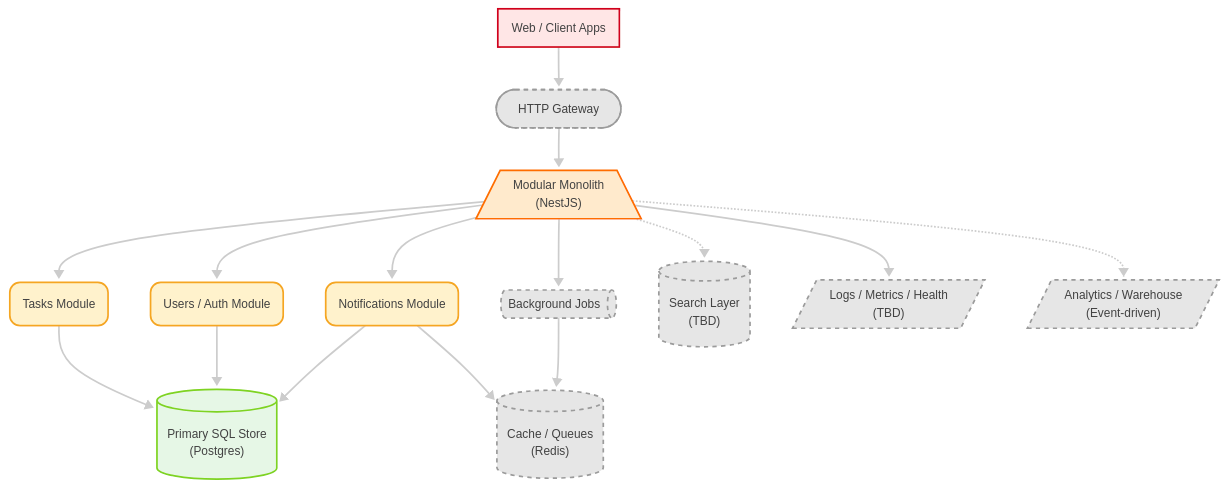
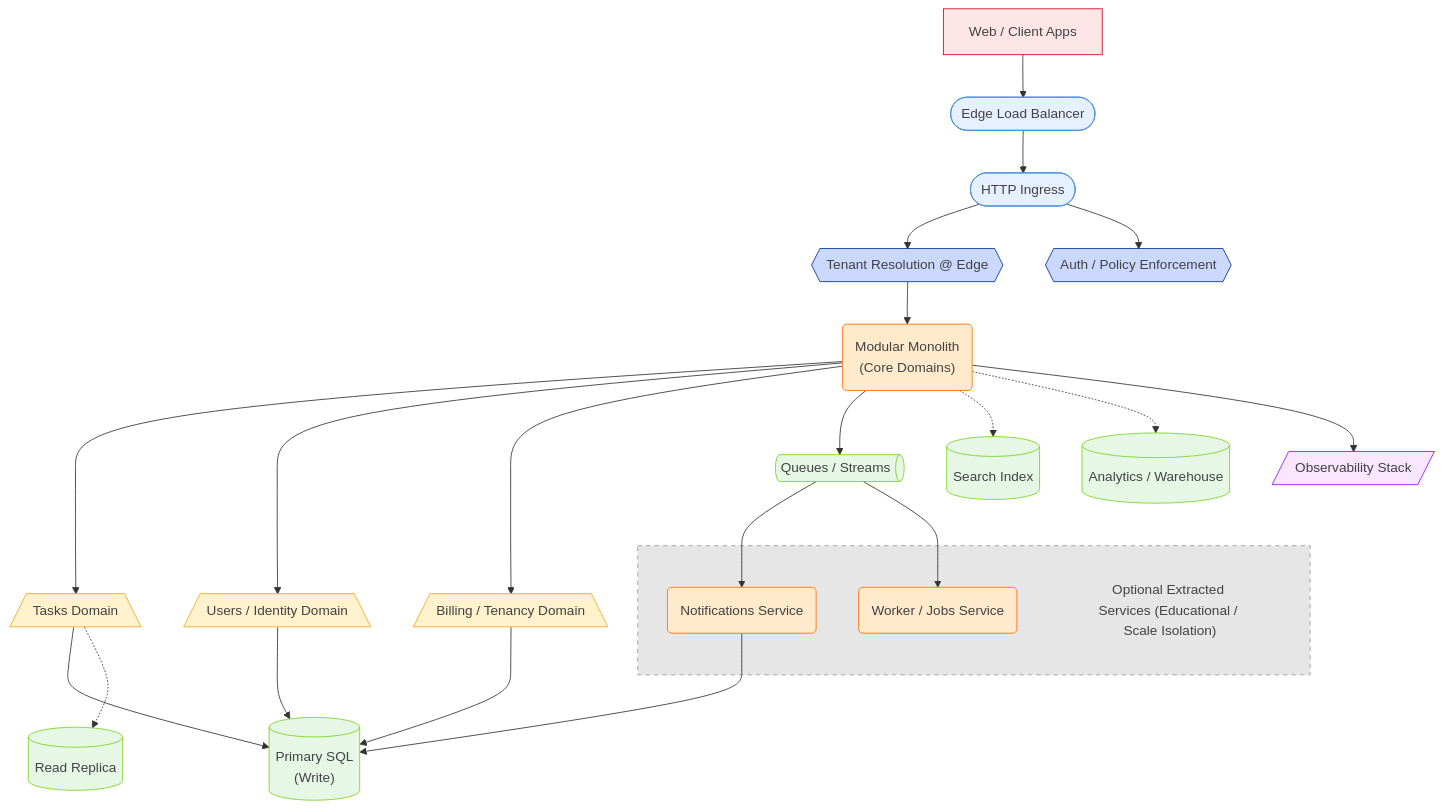
The diagram in docs/architecture/diagrams/scratch-technical-future.mmd (occamarazor/scratch), drawn with Mermaid before and after one commit. The commit also changed 5 other files, not shown here.

Commit message:
Docs: architecture diagrams updated

```diff
--- a/docs/architecture/diagrams/scratch-technical-future.mmd
+++ b/docs/architecture/diagrams/scratch-technical-future.mmd
@@ -1,58 +1,106 @@
----
-config:
-  look: neo
-  theme: redux-dark
-  layout: dagre
----
+%% =========================
+%% Future Evolution View — Selective Service Extraction (High‑Load, Educational)
+%% =========================
 flowchart TB
-    Web["Web / Client Apps"]
-    Gateway["HTTP Gateway"]
-    Monolith["Modular Monolith<br>(NestJS)"]
+    Clients["Web / Client Apps"]
 
-    Tasks["Tasks Module"]
-    Users["Users / Auth Module"]
-    Notifications["Notifications Module"]
-    Jobs["Background Jobs"]
+    LB["Edge Load Balancer"]
+    Ingress["HTTP Ingress"]
+    TenantEdge["Tenant Resolution @ Edge"]
 
-    SQL["Primary SQL Store<br>(Postgres)"]
-    Cache["Cache / Queues<br>(Redis)"]
-    Search["Search Layer<br>(TBD)"]
-    Observability["Logs / Metrics / Health<br>(TBD)"]
-    Analytics["Analytics / Warehouse<br>(Event-driven)"]
+    Monolith["Modular Monolith<br>(Core Domains)"]
 
-    Web --> Gateway --> Monolith
-    Monolith --> Tasks & Users & Notifications & Jobs
-    Tasks --> SQL
-    Users --> SQL
-    Notifications --> SQL & Cache
-    Jobs --> Cache
-    Monolith --> Observability
+    Tasks["Tasks Domain"]
+    Users["Users / Identity Domain"]
+    Billing["Billing / Tenancy Domain"]
+
+    %% Optional extracted services (educational)
+    subgraph Optional[" "]
+        NotificationsSvc["Notifications Service"]
+        WorkersSvc["Worker / Jobs Service"]
+        footer["Optional Extracted Services (Educational / Scale Isolation)"]:::future
+    end
+
+    style footer fill:none,stroke:none
+
+    %% Persistence
+    SQLPrimary[("Primary SQL<br>(Write)")]
+    SQLReplica[("Read Replica")]
+    Queue[("Queues / Streams")]
+    Search[("Search Index")]
+    Analytics[("Analytics / Warehouse")]
+
+    %% Cross‑cutting
+    Observability["Observability Stack"]
+    Security["Auth / Policy Enforcement"]
+
+    %% Request flow
+    Clients --> LB --> Ingress --> TenantEdge --> Monolith
+
+    %% Monolith internals
+    Monolith --> Tasks & Users & Billing
+    Tasks --> SQLPrimary
+    Users --> SQLPrimary
+    Billing --> SQLPrimary
+
+    %% Read scaling
+    Tasks -.-> SQLReplica
+
+    %% Async integration boundary
+    Monolith --> Queue
+    Queue --> NotificationsSvc
+    Queue --> WorkersSvc
+
+    NotificationsSvc --> SQLPrimary
+
+    %% Optional integrations
     Monolith -.-> Search
     Monolith -.-> Analytics
+    Monolith --> Observability
+    Ingress --> Security
 
-    Monolith@{ shape: trap-b }
-    Gateway@{ shape: stadium }
-    Tasks@{ shape: rounded }
-    Users@{ shape: rounded }
-    Notifications@{ shape: rounded }
-    Jobs@{ shape: h-cyl }
-    SQL@{ shape: cyl }
-    Cache@{ shape: cyl }
+    %% Shapes
+    Clients@{ shape: rect }
+    LB@{ shape: stadium }
+    Ingress@{ shape: stadium }
+    TenantEdge@{ shape: hex }
+    Monolith@{ shape: rounded }
+
+    Tasks@{ shape: trap-b }
+    Users@{ shape: trap-b }
+    Billing@{ shape: trap-b }
+
+    NotificationsSvc@{ shape: rounded }
+    WorkersSvc@{ shape: rounded }
+
+    SQLPrimary@{ shape: cyl }
+    SQLReplica@{ shape: cyl }
     Search@{ shape: cyl }
+    Analytics@{ shape: cyl }
+    Queue@{ shape: h-cyl }
+
     Observability@{ shape: lean-r }
-    Analytics@{ shape: lean-r }
+    Security@{ shape: hex }
 
+    %% Classes
+    class Clients clients
+    class LB,Ingress infra
+    class TenantEdge,Security sec
+    class Monolith app
+
+    class Tasks,Users,Billing domain
+    class NotificationsSvc,WorkersSvc app
+
+    class SQLPrimary,SQLReplica,Search,Analytics,Queue persistence
+    class Observability observability
+    class Optional future
+
+    %% Palette (Authoritative)
     classDef clients fill:#ffe6e6,stroke:#d0021b,color:#424242;
     classDef app fill:#ffeacc,stroke:#ff6d00,color:#424242;
     classDef domain fill:#fff2cc,stroke:#f5a623,color:#424242;
     classDef persistence fill:#e6f7e6,stroke:#7ed321,color:#424242;
     classDef infra fill:#e6f0ff,stroke:#4a90e2,color:#424242;
     classDef sec fill:#ccd9ff,stroke:#003399,color:#424242;
     classDef observability fill:#f9e6ff,stroke:#9013fe,color:#424242;
-    classDef future fill:#e6e6e6,stroke:#9b9b9b,color:#424242,stroke-dasharray: 5 5
-
-    class Web clients
-    class Monolith app
-    class Tasks,Users,Notifications domain
-    class SQL persistence
-    class Gateway,Jobs,Cache,Search,Analytics,Observability future
+    classDef future fill:#e6e6e6,stroke:#9b9b9b,color:#424242,stroke-dasharray: 5 5;
```
